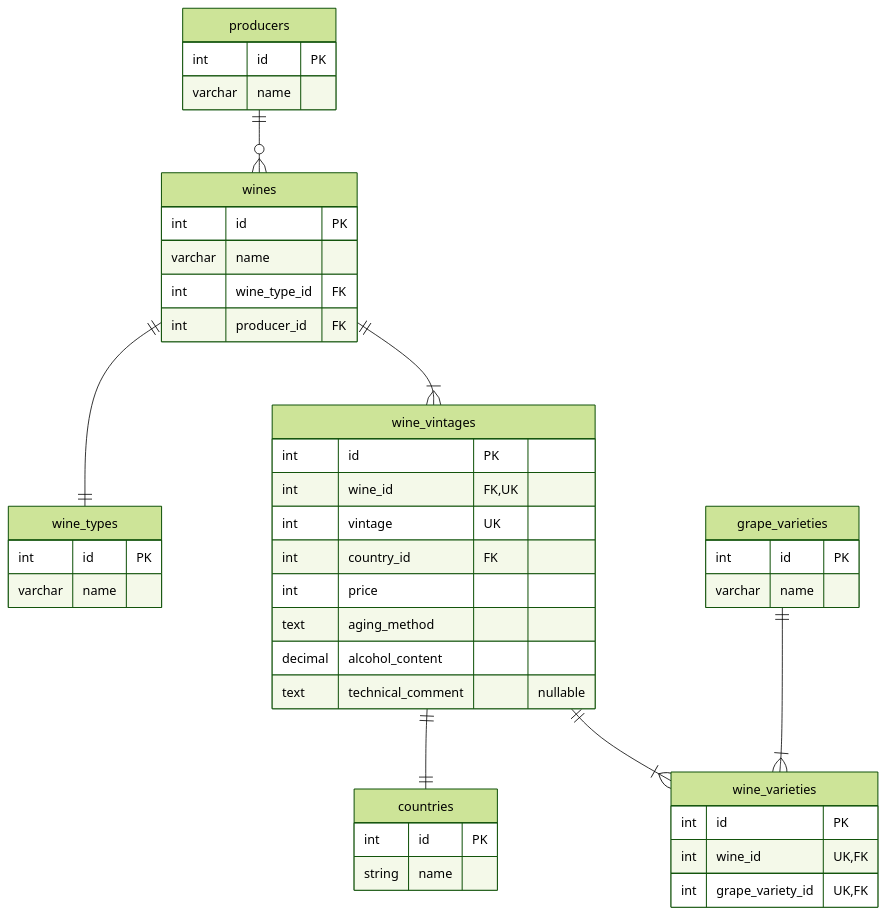
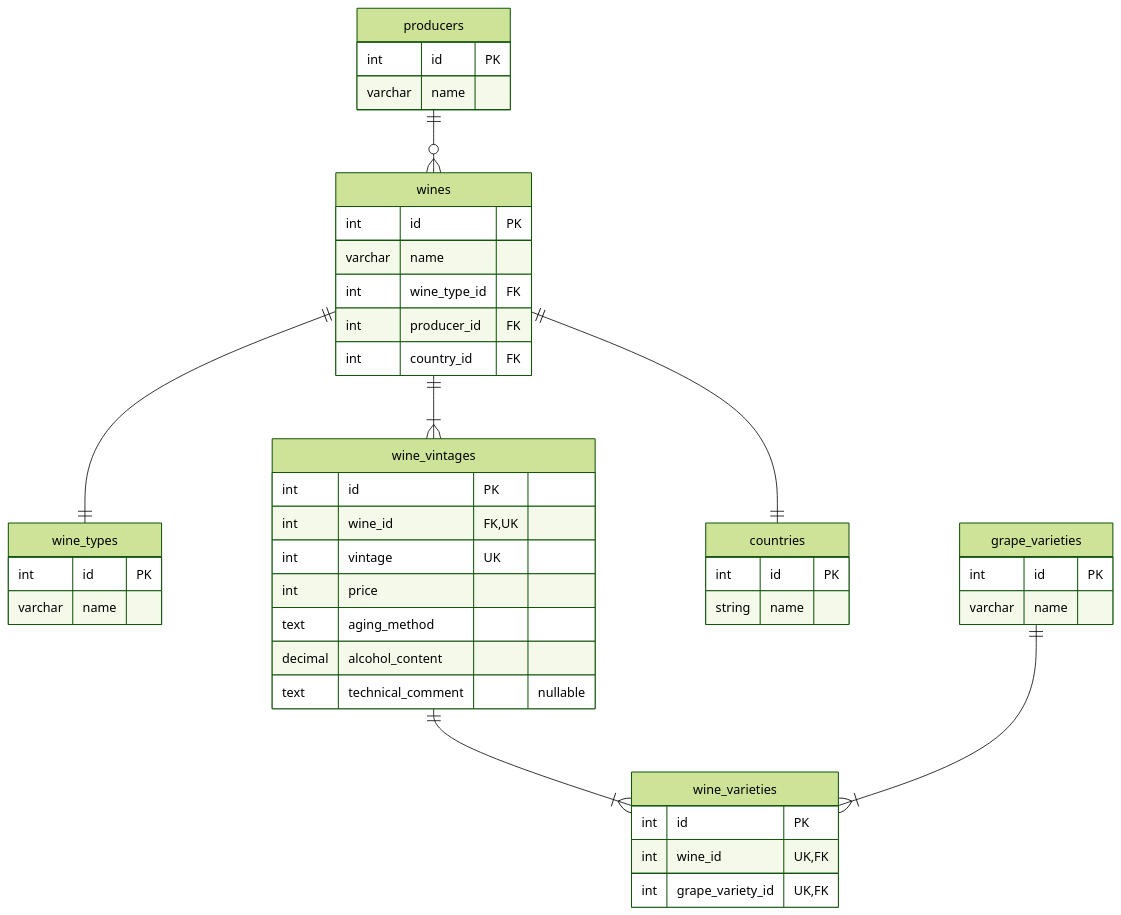
The diagram in api/architecture/er.md (cork03/tastingNote), drawn with Mermaid (forest theme) before and after one commit. The commit also changed 8 other files, not shown here.

````diff
--- a/api/architecture/er.md
+++ b/api/architecture/er.md
@@ -1,54 +1,54 @@
 ```mermaid
 erDiagram
     producers {
         int id PK
         varchar name
     }
     
     wines {
         int id PK
         varchar name
         int wine_type_id FK
         int producer_id FK
+        int country_id FK
     }
     
     wine_types {
         int id PK
         varchar name
     }
     
     wine_vintages {
         int id PK
         int wine_id FK,UK
         int vintage UK
-        int country_id FK
         int price
         text aging_method
         decimal alcohol_content
         text technical_comment "nullable"
     }
     
     countries {
         int id PK
         string name
     }
     
     wine_varieties {
         int id PK
         int wine_id UK,FK
         int grape_variety_id UK,FK
     }
     
     grape_varieties {
         int id PK
         varchar name
     }
     
     
     producers ||--o{ wines : ""
     wines ||--|{ wine_vintages : ""
-    wine_vintages ||--|| countries : ""
+    wines ||--|| countries : ""
     wine_vintages ||--|{ wine_varieties : ""
     grape_varieties ||--|{ wine_varieties : ""
     wines ||--|| wine_types : ""
 ```
````
